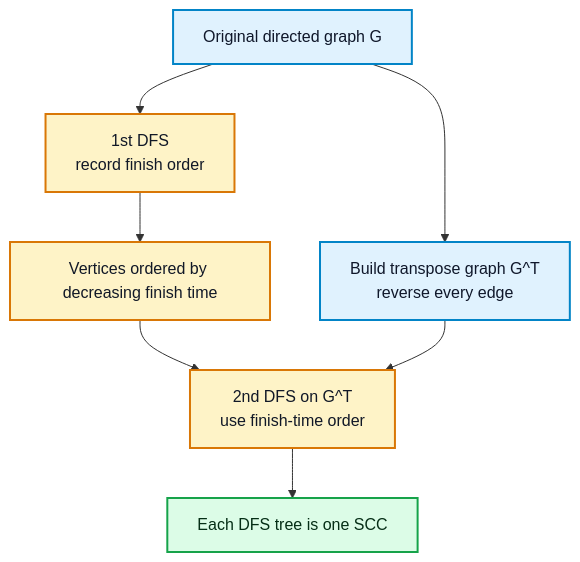
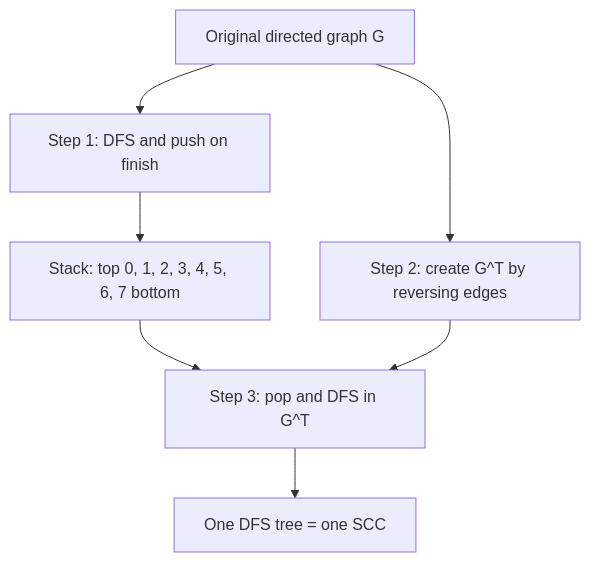
Before and after one commit to M-F-Tushar/CSE-2201-2202-Algorithm-Design-and-Analysis-Sessional: diagram 23 of 24 in Chapter 11 - Graph Algorithms/README.md, drawn with Mermaid. The commit also changed other lines of this file, not shown here.

````diff
--- a/Chapter 11 - Graph Algorithms/README.md
+++ b/Chapter 11 - Graph Algorithms/README.md
@@ -1870,16 +1905,9 @@
 ```mermaid
 flowchart TB
-	G["Original directed graph G"] --> DFS1["1st DFS<br/>record finish order"]
-	DFS1 --> Stack["Vertices ordered by decreasing finish time"]
-	G --> Transpose["Build transpose graph G^T<br/>reverse every edge"]
-	Stack --> DFS2["2nd DFS on G^T<br/>use finish-time order"]
-	Transpose --> DFS2
-	DFS2 --> SCC["Each DFS tree is one SCC"]
-
-	classDef graphNode fill:#e0f2fe,stroke:#0284c7,stroke-width:2px,color:#0f172a;
-	classDef process fill:#fef3c7,stroke:#d97706,stroke-width:2px,color:#111827;
-	classDef result fill:#dcfce7,stroke:#16a34a,stroke-width:2px,color:#052e16;
-	class G,Transpose graphNode;
-	class DFS1,Stack,DFS2 process;
-	class SCC result;
+    G["Original directed graph G"] --> DFS1["Step 1: DFS and push on finish"]
+    DFS1 --> Stack["Stack: top 0, 1, 2, 3, 4, 5, 6, 7 bottom"]
+    G --> Transpose["Step 2: create G^T by reversing edges"]
+    Stack --> DFS2["Step 3: pop and DFS in G^T"]
+    Transpose --> DFS2
+    DFS2 --> SCC["One DFS tree = one SCC"]
 ```
````
